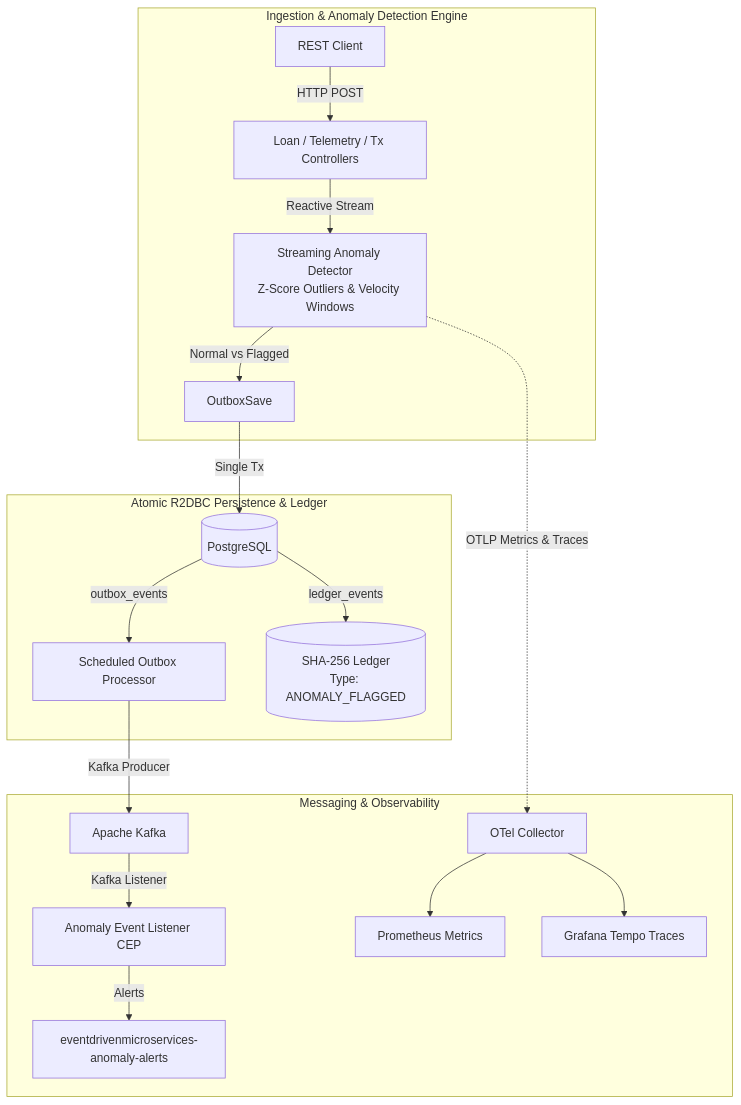
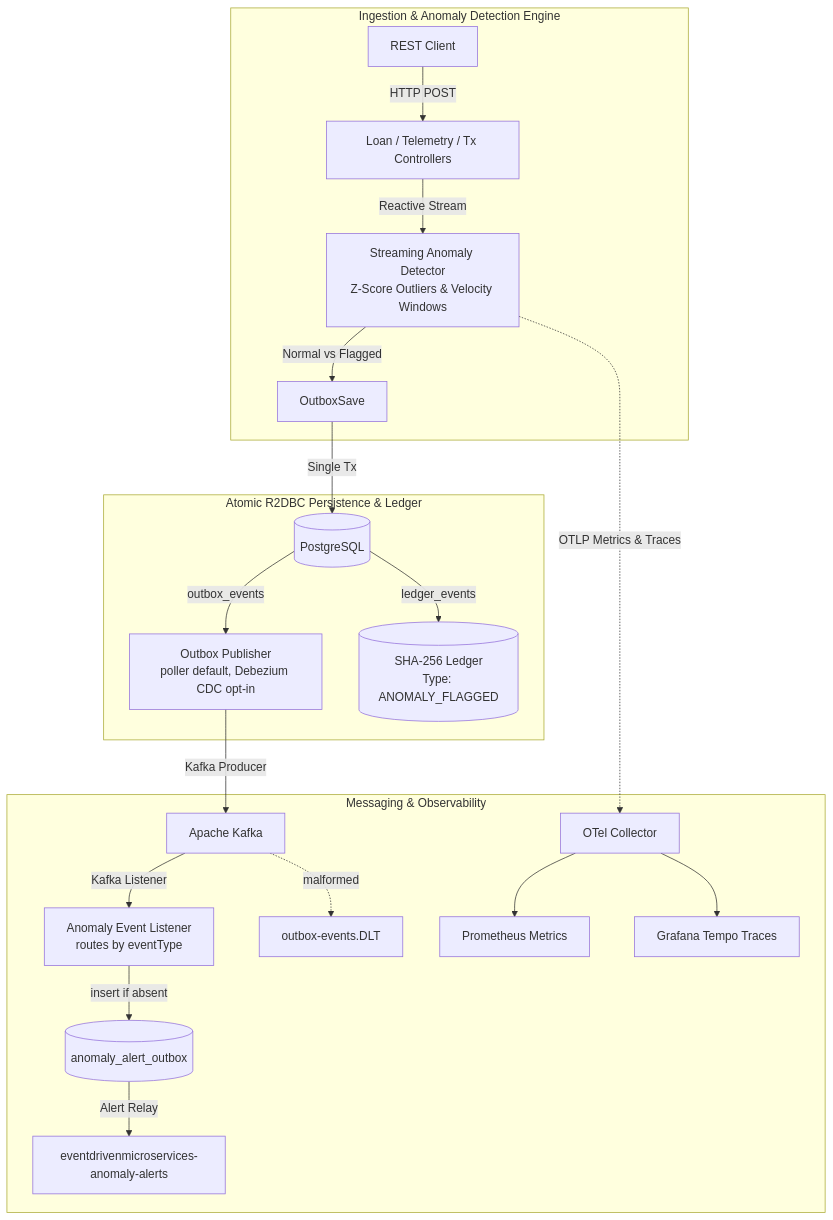
Before and after one commit to andreruizdev/event-driven-platform: the diagram in README.md, drawn with Mermaid. The commit also changed other lines of this file and 2 other files, not shown here.

````diff
--- a/README.md
+++ b/README.md
@@ -13,24 +13,26 @@
 ```mermaid
 flowchart TD
     subgraph Ingestion & Anomaly Detection Engine
         Client[REST Client] -->|HTTP POST| Controller[Loan / Telemetry / Tx Controllers]
         Controller -->|Reactive Stream| Engine[Streaming Anomaly Detector<br/>Z-Score Outliers & Velocity Windows]
         Engine -->|Normal vs Flagged| OutboxSave
     end
 
     subgraph Atomic R2DBC Persistence & Ledger
         OutboxSave -->|Single Tx| DB[(PostgreSQL)]
-      DB -->|outbox_events| Poller[Scheduled Outbox Processor]
+      DB -->|outbox_events| Poller[Outbox Publisher<br/>poller default, Debezium CDC opt-in]
         DB -->|ledger_events| Ledger[(SHA-256 Ledger<br/>Type: ANOMALY_FLAGGED)]
     end
 
     subgraph Messaging & Observability
         Poller -->|Kafka Producer| Kafka[Apache Kafka]
-        Kafka -->|Kafka Listener| CEP[Anomaly Event Listener CEP]
-        CEP -->|Alerts| AlertTopic[eventdrivenmicroservices-anomaly-alerts]
+        Kafka -->|Kafka Listener| CEP[Anomaly Event Listener<br/>routes by eventType]
+        Kafka -.->|malformed| DLT[outbox-events.DLT]
+        CEP -->|insert if absent| AlertOutbox[(anomaly_alert_outbox)]
+        AlertOutbox -->|Alert Relay| AlertTopic[eventdrivenmicroservices-anomaly-alerts]
 
         Engine -.->|OTLP Metrics & Traces| OTel[OTel Collector]
         OTel --> Prometheus[Prometheus Metrics]
         OTel --> Tempo[Grafana Tempo Traces]
     end
 ```
````
